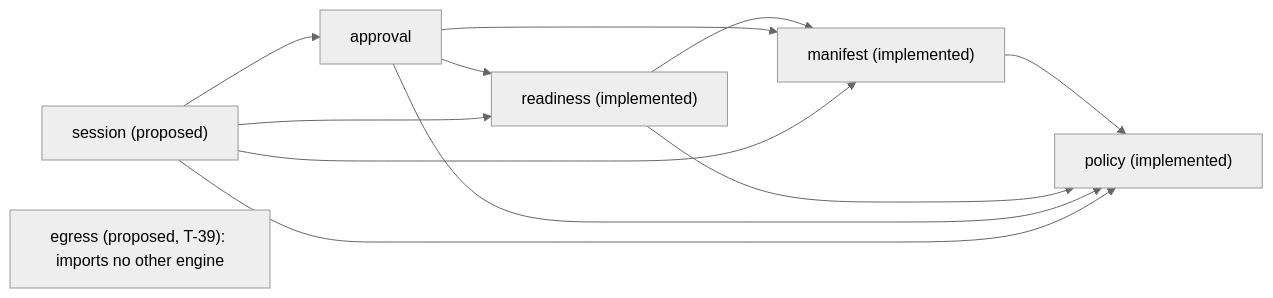
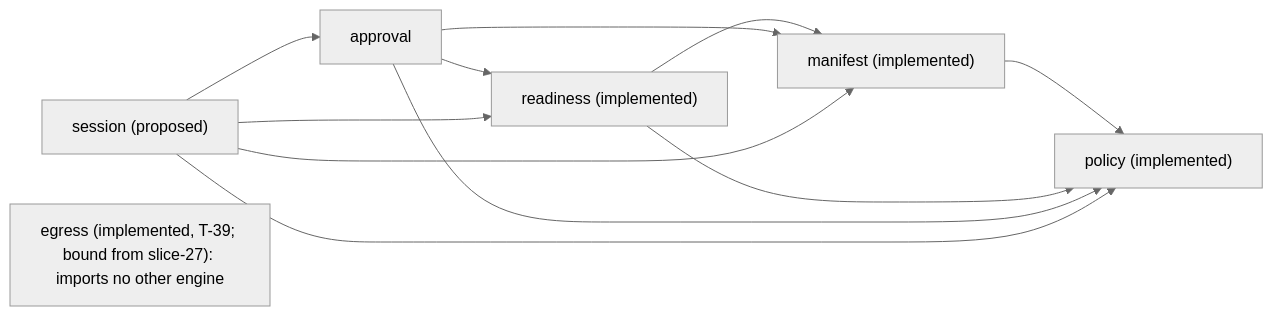
One commit to donvargax/itos-container changed the second of 2 diagrams in docs/architecture/arc42.md. Above: the diagram before and after it, drawn with Mermaid (neutral theme). The commit also changed other lines of this file and 1 other file, not shown here.

````diff
--- a/docs/architecture/arc42.md
+++ b/docs/architecture/arc42.md
@@ -260,14 +263,14 @@
 ```mermaid
 flowchart LR
     manifest["manifest (implemented)"] --> policy["policy (implemented)"]
     readiness["readiness (implemented)"] --> policy
     readiness --> manifest
     approval["approval"] --> policy
     approval --> manifest
     approval --> readiness
     session["session (proposed)"] --> policy
     session --> manifest
     session --> readiness
     session --> approval
-    egress["egress (proposed, T-39): imports no other engine"]
+    egress["egress (implemented, T-39; bound from slice-27): imports no other engine"]
 ```
````
